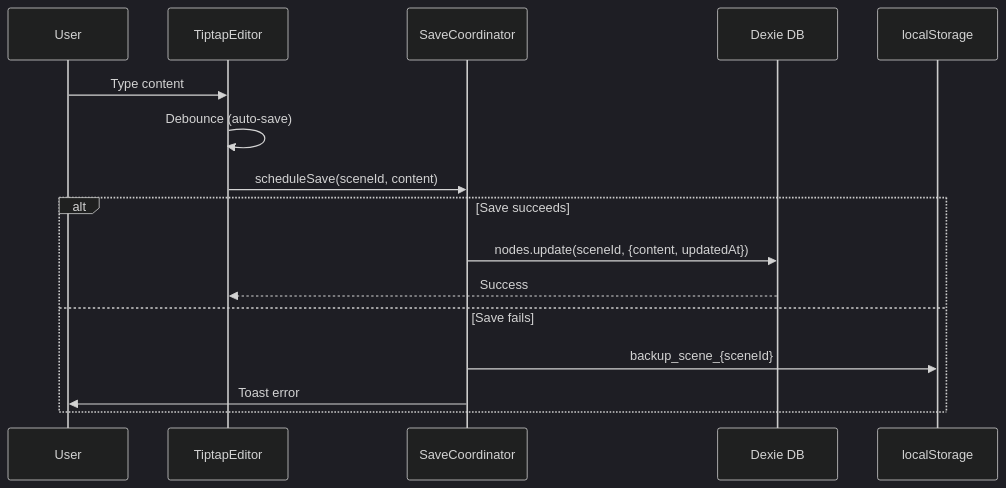
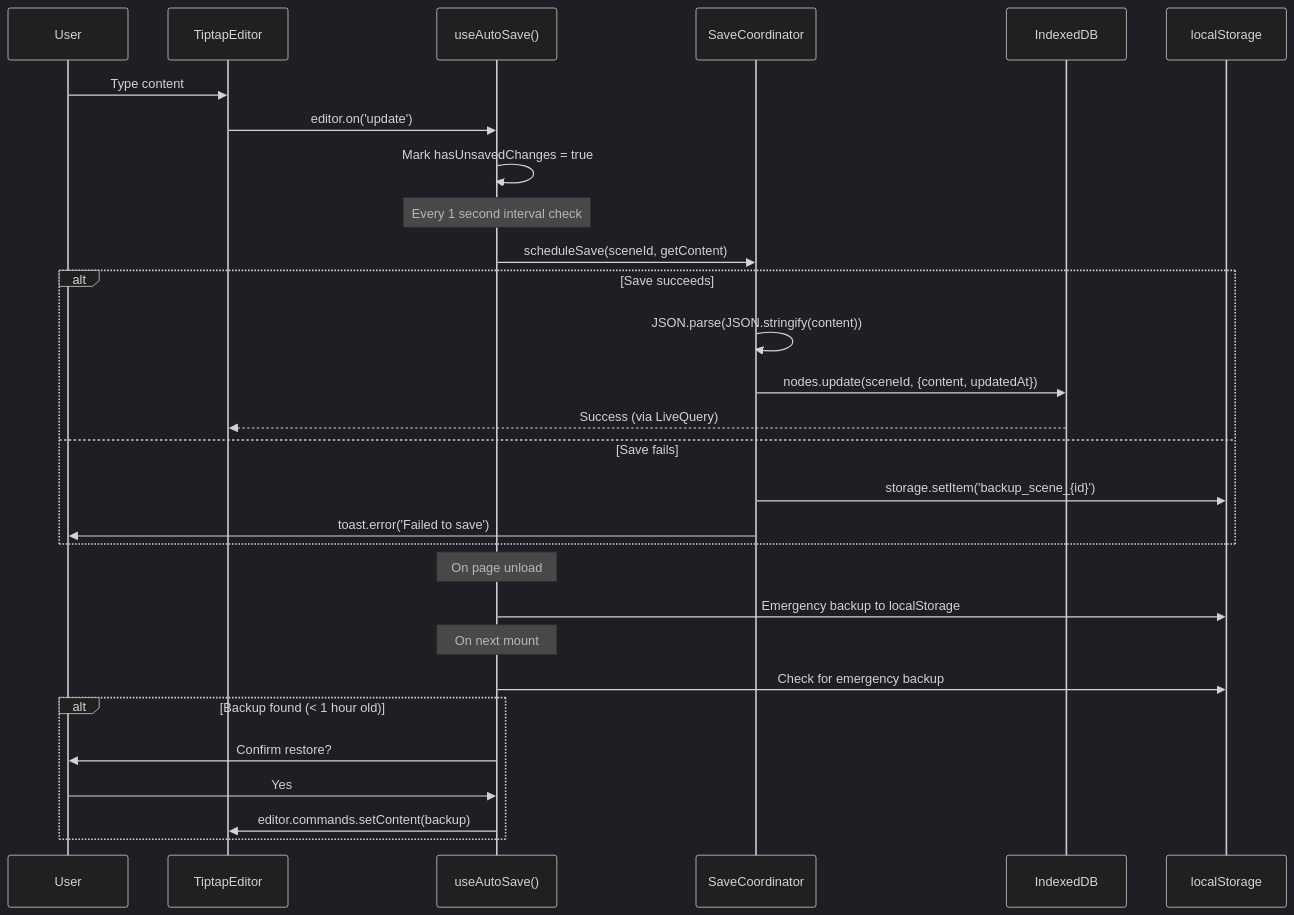
The fifth of 22 diagrams in docs/architecture_doc.md (Sai-Roopesh/becomeAnAuthor), drawn with Mermaid (dark theme) before and after one commit. The commit also changed other lines of this file and 42 other files, not shown here.

````diff
--- a/docs/architecture_doc.md
+++ b/docs/architecture_doc.md
@@ -234,20 +232,36 @@
 ```mermaid
 sequenceDiagram
     participant User
     participant Editor as TiptapEditor
-    participant Coordinator as SaveCoordinator
-    participant DB as Dexie DB
+    participant AutoSave as useAutoSave()
+    participant Coord as SaveCoordinator
+    participant DB as IndexedDB
     participant Backup as localStorage
 
     User->>Editor: Type content
-    Editor->>Editor: Debounce (auto-save)
-    Editor->>Coordinator: scheduleSave(sceneId, content)
+    Editor->>AutoSave: editor.on('update')
+    AutoSave->>AutoSave: Mark hasUnsavedChanges = true
+    
+    Note over AutoSave: Every 1 second interval check
+    AutoSave->>Coord: scheduleSave(sceneId, getContent)
     
     alt Save succeeds
-        Coordinator->>DB: nodes.update(sceneId, {content, updatedAt})
-        DB-->>Editor: Success
+        Coord->>Coord: JSON.parse(JSON.stringify(content))
+        Coord->>DB: nodes.update(sceneId, {content, updatedAt})
+        DB-->>Editor: Success (via LiveQuery)
     else Save fails
-        Coordinator->>Backup: backup_scene_{sceneId}
-        Coordinator->>User: Toast error
+        Coord->>Backup: storage.setItem('backup_scene_{id}')
+        Coord->>User: toast.error('Failed to save')
+    end
+
+    Note over AutoSave: On page unload
+    AutoSave->>Backup: Emergency backup to localStorage
+    
+    Note over AutoSave: On next mount
+    AutoSave->>Backup: Check for emergency backup
+    alt Backup found (< 1 hour old)
+        AutoSave->>User: Confirm restore?
+        User->>AutoSave: Yes
+        AutoSave->>Editor: editor.commands.setContent(backup)
     end
 ```
````
